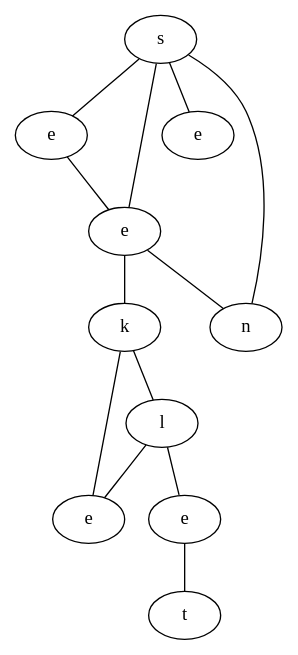
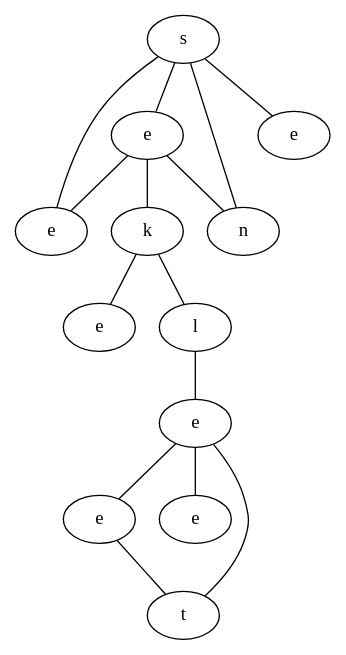
The diagram in data/VGLC/graph.dot (schrum2/MM-NEAT), drawn with Graphviz before and after one commit. The commit also changed 4 other files, not shown here.

```diff
--- a/data/VGLC/graph.dot
+++ b/data/VGLC/graph.dot
@@ -1,24 +1,28 @@
 graph {
-BFnA[label="s"]
-FuMK[label="e"]
-dHsc[label="e"]
-yEnA[label="e"]
-firr[label="n"]
-GrKw[label="k"]
-zjVk[label="l"]
-qmZI[label="e"]
-lbfS[label="e"]
-atpJ[label="t"]
-BFnA -- FuMK
-BFnA -- dHsc
-BFnA -- yEnA
-BFnA -- firr
-FuMK -- dHsc
-dHsc -- GrKw
-dHsc -- firr
-GrKw -- zjVk
-GrKw -- qmZI
-zjVk -- lbfS
-zjVk -- qmZI
-lbfS -- atpJ
+HCYs[label="s"]
+ItHX[label="e"]
+vVwQ[label="e"]
+ioPB[label="n"]
+nITM[label="e"]
+sHNJ[label="k"]
+kiLH[label="e"]
+XDtZ[label="l"]
+BXyJ[label="e"]
+TVnM[label="e"]
+GgnM[label="e"]
+MSey[label="t"]
+HCYs -- ItHX
+HCYs -- vVwQ
+HCYs -- ioPB
+HCYs -- nITM
+ItHX -- sHNJ
+ItHX -- vVwQ
+ItHX -- ioPB
+sHNJ -- kiLH
+sHNJ -- XDtZ
+XDtZ -- BXyJ
+BXyJ -- TVnM
+BXyJ -- GgnM
+BXyJ -- MSey
+TVnM -- MSey
 }
```
